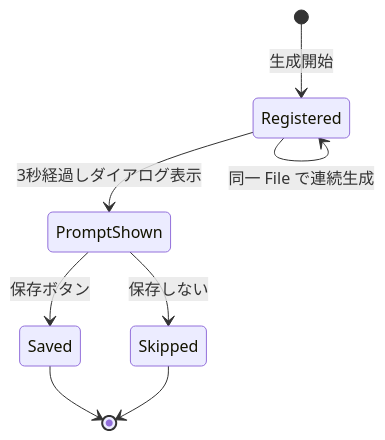
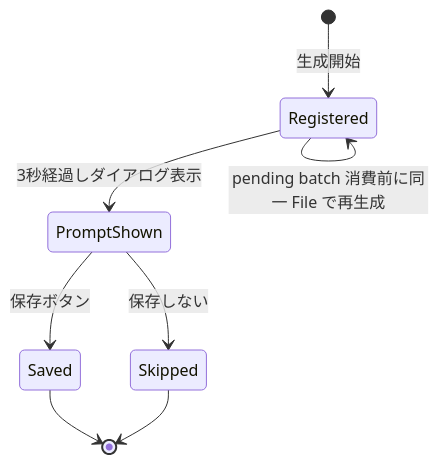
The second of 4 diagrams in docs/planning/coordinate-stock-prompt-pre-generation-plan.md (3balljugglerYu/ai_coordinate), drawn with Mermaid before and after one commit. The commit also changed other lines of this file and 3 other files, not shown here.

````diff
--- a/docs/planning/coordinate-stock-prompt-pre-generation-plan.md
+++ b/docs/planning/coordinate-stock-prompt-pre-generation-plan.md
@@ -88,10 +88,10 @@
 ```mermaid
 stateDiagram-v2
     [*] --> Registered: 生成開始
-    Registered --> Registered: 同一 File で連続生成
+    Registered --> Registered: pending batch 消費前に同一 File で再生成
     Registered --> PromptShown: 3秒経過しダイアログ表示
     PromptShown --> Saved: 保存ボタン
     PromptShown --> Skipped: 保存しない
     Saved --> [*]
     Skipped --> [*]
 ```
````
